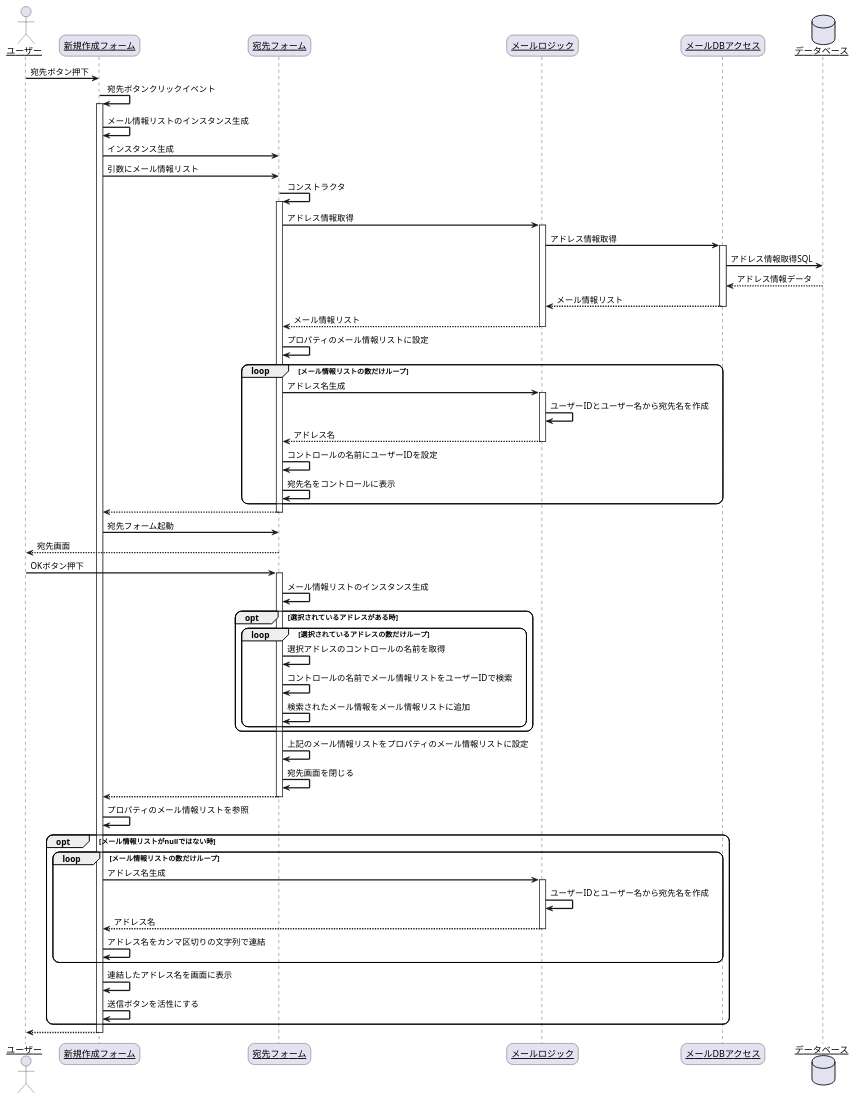
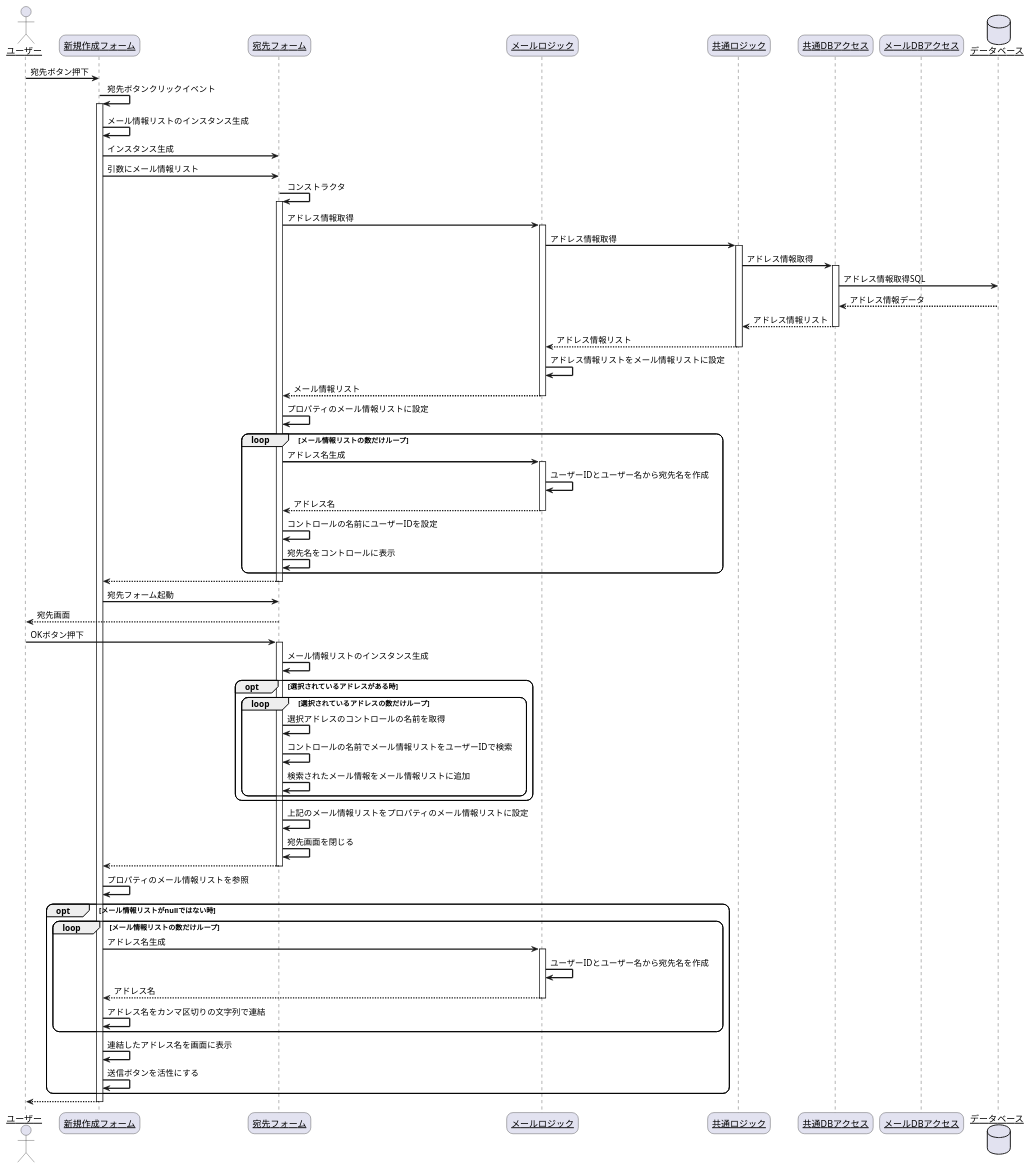
One commit to R-SAIKI/practiceUML changed the diagram in シーケンス図/メール/メール_宛先.pu. Above: the diagram before and after it, drawn with PlantUML. The commit also changed 23 other files, not shown here.

```diff
--- a/シーケンス図/メール/メール_宛先.pu
+++ b/シーケンス図/メール/メール_宛先.pu
@@ -1,77 +1,84 @@
 @startuml
 skinparam sequenceArrowThickness 2
 skinparam roundcorner 20
 skinparam maxmessagesize 60
 skinparam sequenceParticipant underline
 
 actor "ユーザー" as user
 participant "新規作成フォーム" as mail_create_form
 participant "宛先フォーム" as adress_form
 participant "メールロジック" as mail_logic
+participant "共通ロジック" as common_logic
+participant "共通DBアクセス" as common_data_acces
 participant "メールDBアクセス" as mail_data_acces
 database "データベース" as db
 
 user -> mail_create_form: 宛先ボタン押下
 mail_create_form -> mail_create_form: 宛先ボタンクリックイベント
 activate mail_create_form
 mail_create_form -> mail_create_form: メール情報リストのインスタンス生成
 mail_create_form -> adress_form: インスタンス生成
 mail_create_form -> adress_form: 引数にメール情報リスト
 adress_form -> adress_form: コンストラクタ
 activate adress_form
 adress_form -> mail_logic: アドレス情報取得
 activate mail_logic
-mail_logic -> mail_data_acces: アドレス情報取得
-activate mail_data_acces
-mail_data_acces -> db: アドレス情報取得SQL
-db --> mail_data_acces: アドレス情報データ
-mail_data_acces --> mail_logic: メール情報リスト
-deactivate mail_data_acces
+mail_logic -> common_logic: アドレス情報取得
+activate common_logic
+common_logic -> common_data_acces: アドレス情報取得
+activate common_data_acces
+common_data_acces -> db: アドレス情報取得SQL
+db --> common_data_acces: アドレス情報データ
+common_data_acces --> common_logic: アドレス情報リスト
+deactivate common_data_acces
+common_logic --> mail_logic: アドレス情報リスト
+deactivate common_logic
+mail_logic -> mail_logic: アドレス情報リストをメール情報リストに設定
 mail_logic --> adress_form: メール情報リスト
 deactivate mail_logic
 adress_form -> adress_form: プロパティのメール情報リストに設定
 loop メール情報リストの数だけループ
     adress_form -> mail_logic: アドレス名生成
     activate mail_logic
     mail_logic -> mail_logic: ユーザーIDとユーザー名から宛先名を作成
     mail_logic --> adress_form: アドレス名
     deactivate mail_logic
     adress_form -> adress_form: コントロールの名前にユーザーIDを設定
     adress_form -> adress_form: 宛先名をコントロールに表示
 end
 adress_form --> mail_create_form: 
 deactivate adress_form
 mail_create_form -> adress_form: 宛先フォーム起動
 adress_form --> user: 宛先画面 
 
 user -> adress_form: OKボタン押下
 activate adress_form
 adress_form -> adress_form: メール情報リストのインスタンス生成
 opt 選択されているアドレスがある時
     loop 選択されているアドレスの数だけループ
         adress_form -> adress_form: 選択アドレスのコントロールの名前を取得
         adress_form -> adress_form: コントロールの名前でメール情報リストをユーザーIDで検索
         adress_form -> adress_form: 検索されたメール情報をメール情報リストに追加
     end
 end
 adress_form -> adress_form: 上記のメール情報リストをプロパティのメール情報リストに設定
 adress_form -> adress_form: 宛先画面を閉じる
 adress_form --> mail_create_form: 
 deactivate adress_form
 mail_create_form -> mail_create_form: プロパティのメール情報リストを参照
 opt メール情報リストがnullではない時
     loop メール情報リストの数だけループ
         mail_create_form -> mail_logic: アドレス名生成
         activate mail_logic
         mail_logic -> mail_logic: ユーザーIDとユーザー名から宛先名を作成
         mail_logic --> mail_create_form: アドレス名
         deactivate mail_logic
         mail_create_form -> mail_create_form: アドレス名をカンマ区切りの文字列で連結
     end
     mail_create_form -> mail_create_form: 連結したアドレス名を画面に表示
     mail_create_form -> mail_create_form: 送信ボタンを活性にする
 end
 mail_create_form --> user: 
 deactivate mail_create_form
 
 @enduml
```
